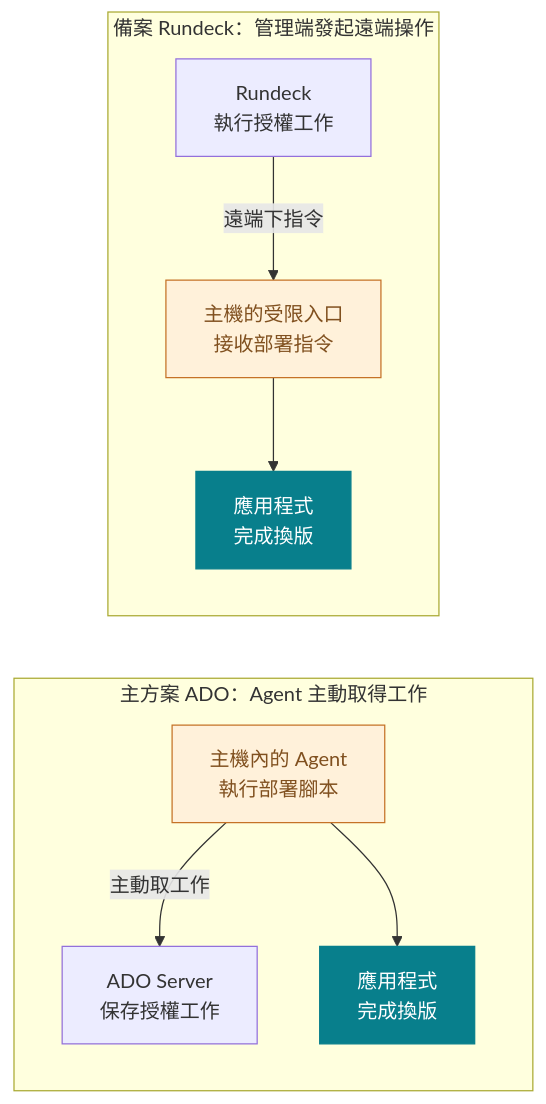
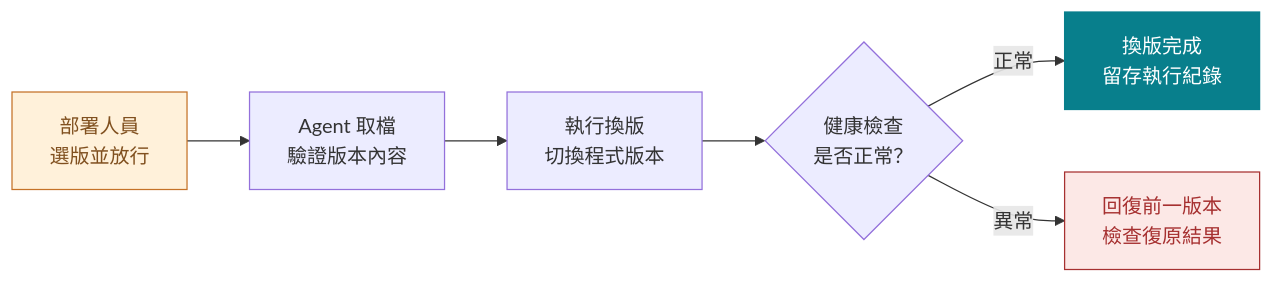
The fourth of 5 diagrams in docs/presentations/windows-cd-initial-plan.md (cyljacky02/gitlab-win-cicd), drawn with Mermaid before and after one commit. The commit also changed other lines of this file and 28 other files, not shown here.

Commit message:
docs: simplify Windows deployment proposal with event-driven ADO architecture

````diff
--- a/docs/presentations/windows-cd-initial-plan.md
+++ b/docs/presentations/windows-cd-initial-plan.md
@@ -284,32 +201,31 @@
 ```mermaid
 flowchart LR
-%% @name execution-models
-%% @lane ado 0 0 880 130
-%% @lane rundeck 0 145 880 130
-subgraph ado["主方案 ADO：Agent 主動取得工作"]
- A["ADO Server<br/>保存授權工作"]
- B["主機內的 Agent<br/>執行部署腳本"]
- C["應用程式<br/>完成換版"]
-end
-subgraph rundeck["備案 Rundeck：管理端發起遠端操作"]
- D["Rundeck<br/>執行授權工作"]
- E["主機的受限入口<br/>接收部署指令"]
- F["應用程式<br/>完成換版"]
-end
-%% @node A 20 50 250 72
-%% @node B 445 50 210 72
-%% @node C 730 50 130 72
-%% @node D 20 195 250 72
-%% @node E 445 195 210 72
-%% @node F 730 195 130 72
-%% @label B A 290 54 135
-%% @label D E 290 199 135
-B -->|"主動取工作"| A
+%% @name release-lifecycle
+ A["部署人員<br/>選版並放行"]
+ B["Agent 取檔<br/>驗證版本內容"]
+ C["執行換版<br/>切換程式版本"]
+ D{"健康檢查<br/>是否正常？"}
+ E["換版完成<br/>留存執行紀錄"]
+ F["回復前一版本<br/>檢查復原結果"]
+%% @node A 0 40 180 90
+%% @node B 220 40 180 90
+%% @node C 440 40 180 90
+%% @node D 690 35 190 100
+%% @node E 715 200 165 70
+%% @node F 440 200 220 70
+%% @ports D F bottom top
+%% @route D F 785 170 550 170
+%% @label D E 797 153 75
+%% @label D F 588 138 90
+A --> B
 B --> C
-D -->|"遠端下指令"| E
-E --> F
-class B,E control
-class C,F target
+C --> D
+D -->|"正常"| E
+D -->|"異常"| F
+class A control
+class E target
+class F blocked
 classDef control fill:#FFF1DA,color:#80501F,stroke:#C57227
 classDef target fill:#087F8C,color:#ffffff,stroke:#087F8C
+classDef blocked fill:#FCE8E6,color:#A63030,stroke:#A63030
 ```
````
